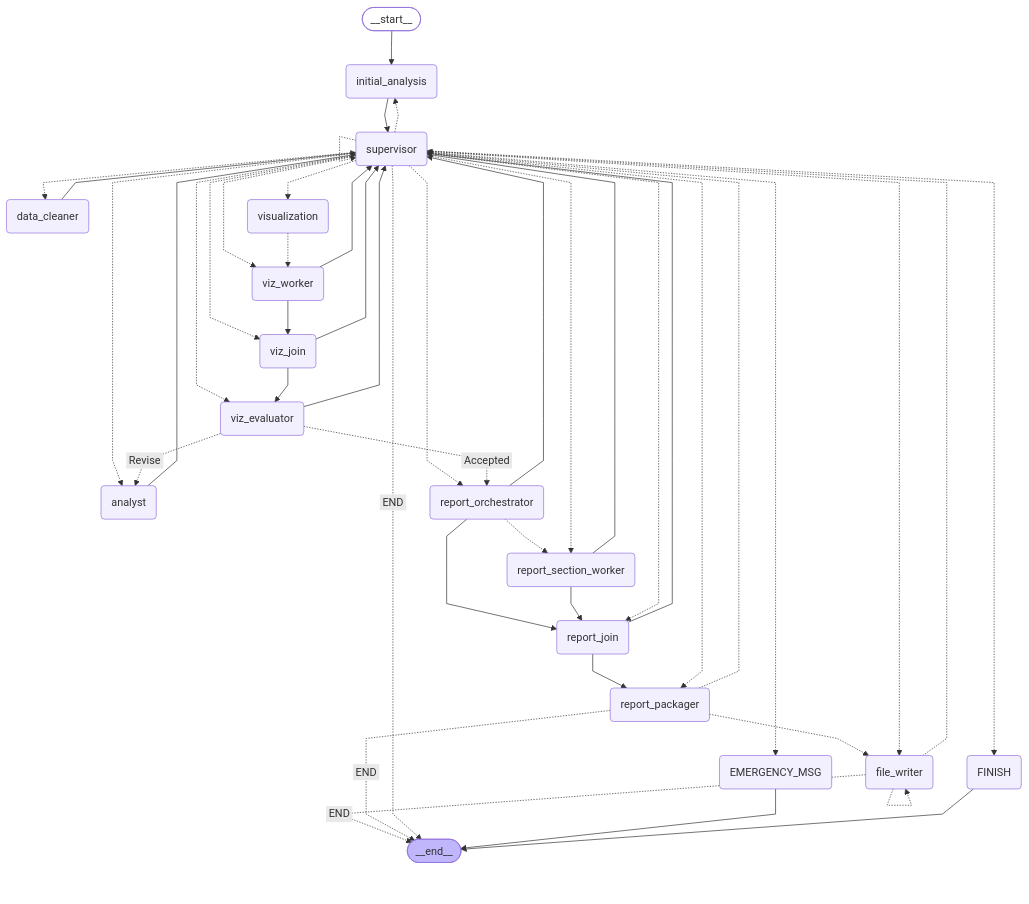
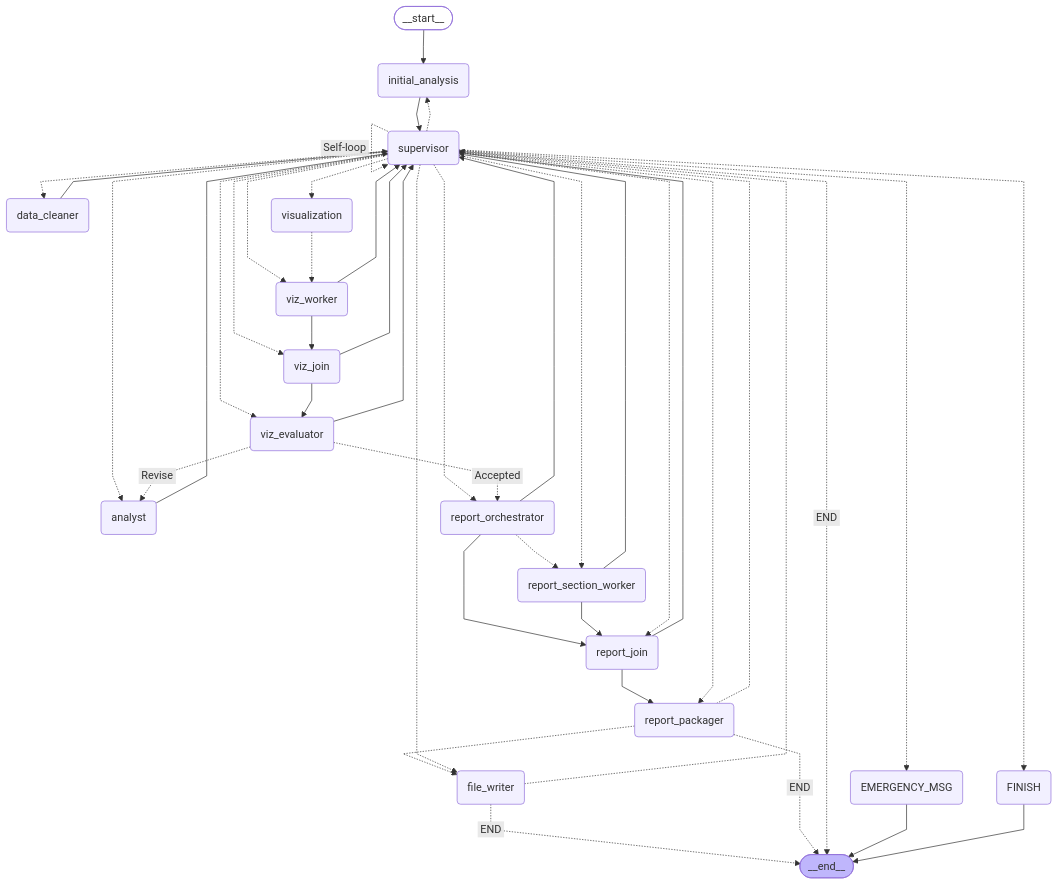
Before and after one commit to dhar174/intelligent_data_detective: the diagram in idd_v4_state_graph.mmd, drawn with Mermaid.

```diff
--- a/idd_v4_state_graph.mmd
+++ b/idd_v4_state_graph.mmd
@@ -1,69 +1,68 @@
 ---
 config:
   flowchart:
     curve: linear
 ---
 graph TD;
 	__start__([<p>__start__</p>]):::first
 	supervisor(supervisor)
 	initial_analysis(initial_analysis)
 	data_cleaner(data_cleaner)
 	analyst(analyst)
 	viz_worker(viz_worker)
 	viz_join(viz_join)
 	viz_evaluator(viz_evaluator)
 	report_orchestrator(report_orchestrator)
 	report_section_worker(report_section_worker)
 	report_join(report_join)
 	report_packager(report_packager)
 	file_writer(file_writer)
 	visualization(visualization)
 	EMERGENCY_MSG(EMERGENCY_MSG)
 	FINISH(FINISH)
 	__end__([<p>__end__</p>]):::last
 	__start__ --> initial_analysis;
 	analyst --> supervisor;
 	data_cleaner --> supervisor;
 	file_writer -. &nbsp;END&nbsp; .-> __end__;
 	file_writer -.-> supervisor;
 	initial_analysis --> supervisor;
 	report_join --> report_packager;
 	report_join --> supervisor;
 	report_orchestrator --> report_join;
 	report_orchestrator -.-> report_section_worker;
 	report_orchestrator --> supervisor;
 	report_packager -. &nbsp;END&nbsp; .-> __end__;
 	report_packager -.-> file_writer;
 	report_packager -.-> supervisor;
 	report_section_worker --> report_join;
 	report_section_worker --> supervisor;
 	supervisor -.-> EMERGENCY_MSG;
 	supervisor -.-> FINISH;
 	supervisor -. &nbsp;END&nbsp; .-> __end__;
 	supervisor -.-> analyst;
 	supervisor -.-> data_cleaner;
 	supervisor -.-> file_writer;
 	supervisor -.-> initial_analysis;
 	supervisor -.-> report_join;
 	supervisor -.-> report_orchestrator;
 	supervisor -.-> report_packager;
 	supervisor -.-> report_section_worker;
 	supervisor -.-> visualization;
 	supervisor -.-> viz_evaluator;
 	supervisor -.-> viz_join;
 	supervisor -.-> viz_worker;
 	visualization -.-> viz_worker;
 	viz_evaluator -. &nbsp;Revise&nbsp; .-> analyst;
 	viz_evaluator -. &nbsp;Accepted&nbsp; .-> report_orchestrator;
 	viz_evaluator --> supervisor;
 	viz_join --> supervisor;
 	viz_join --> viz_evaluator;
 	viz_worker --> supervisor;
 	viz_worker --> viz_join;
 	EMERGENCY_MSG --> __end__;
 	FINISH --> __end__;
-	file_writer -.-> file_writer;
-	supervisor -.-> supervisor;
+	supervisor -. &nbsp;Self-loop&nbsp; .-> supervisor;
 	classDef default fill:#f2f0ff,line-height:1.2
 	classDef first fill-opacity:0
 	classDef last fill:#bfb6fc
```
